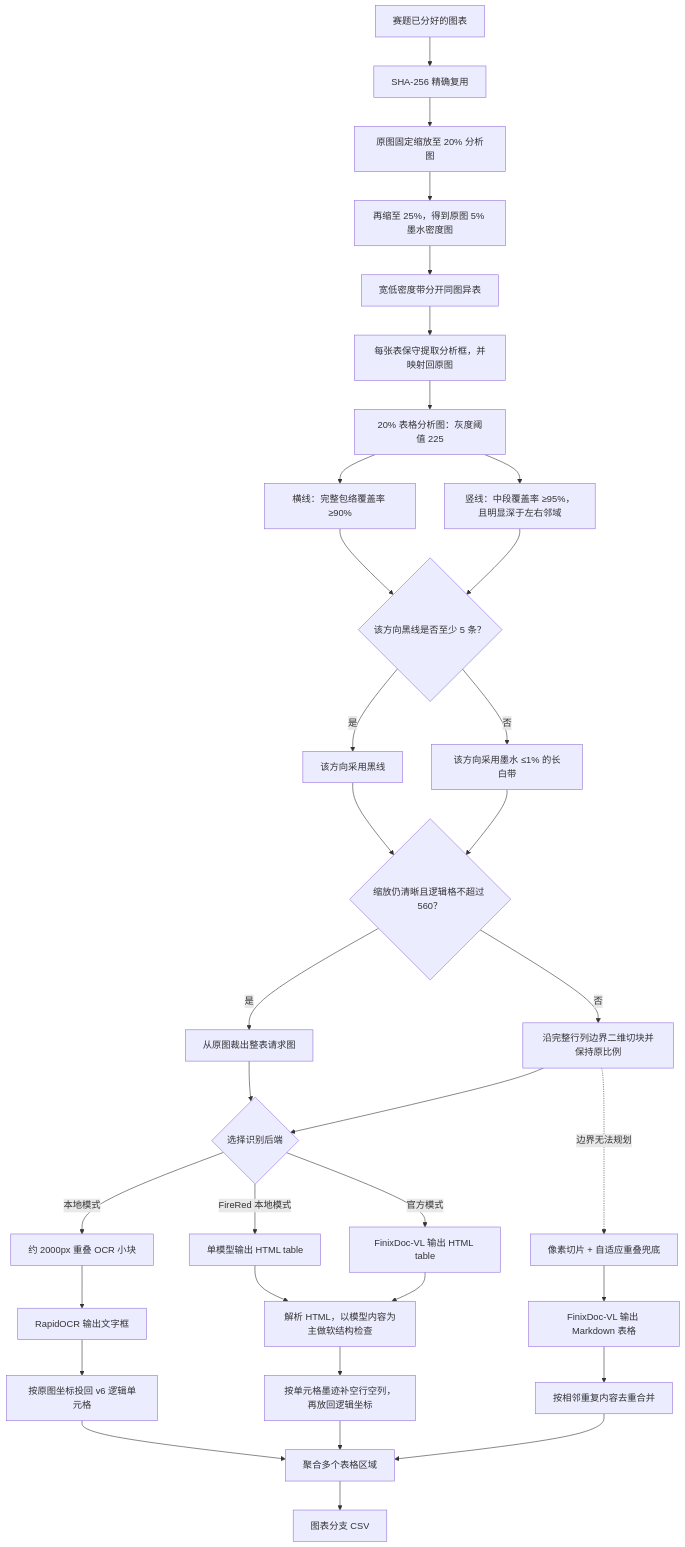
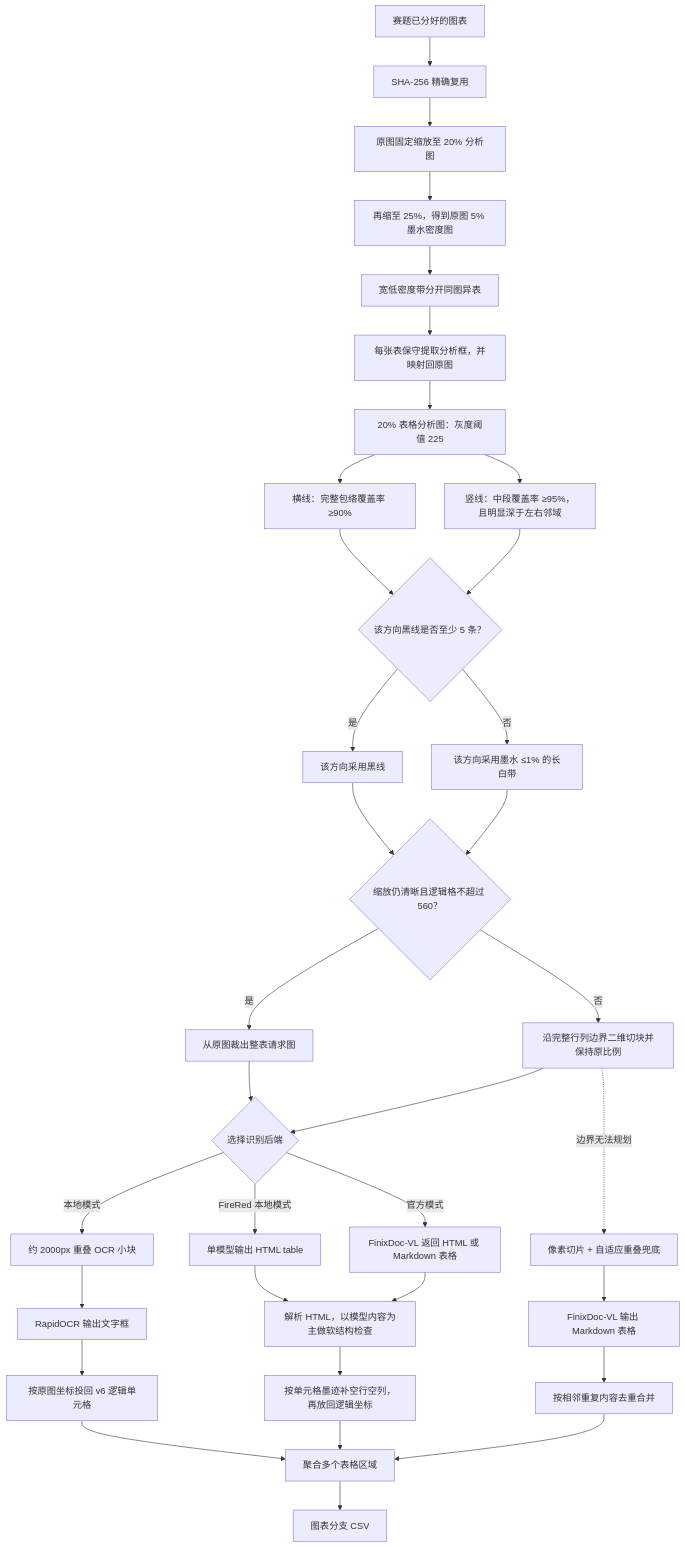
Before and after one commit to AAAXXS-0/CAFA6202: the diagram in afac_pipeline/table/README.md, drawn with Mermaid. The commit also changed other lines of this file and 35 other files, not shown here.

Commit message:
refactor:按流程编号整理图表分支

````diff
--- a/afac_pipeline/table/README.md
+++ b/afac_pipeline/table/README.md
@@ -6,36 +6,36 @@
 ```mermaid
 flowchart TD
     A["赛题已分好的图表"] --> B["SHA-256 精确复用"]
     B --> C["原图固定缩放至 20% 分析图"]
     C --> D["再缩至 25%，得到原图 5% 墨水密度图"]
     D --> E["宽低密度带分开同图异表"]
     E --> F["每张表保守提取分析框，并映射回原图"]
     F --> G["20% 表格分析图：灰度阈值 225"]
     G --> HR["横线：完整包络覆盖率 ≥90%"]
     G --> HC["竖线：中段覆盖率 ≥95%，且明显深于左右邻域"]
     HR --> V{"该方向黑线是否至少 5 条？"}
     HC --> V
     V -- "是" --> I["该方向采用黑线"]
     V -- "否" --> W["该方向采用墨水 ≤1% 的长白带"]
     I --> X{"缩放仍清晰且逻辑格不超过 560？"}
     W --> X
     X -- "是" --> Y["从原图裁出整表请求图"]
     X -- "否" --> J["沿完整行列边界二维切块并保持原比例"]
     J -. "边界无法规划" .-> N["像素切片 + 自适应重叠兜底"]
     Y --> Z{"选择识别后端"}
     J --> Z
-    Z -- "官方模式" --> O["FinixDoc-VL 输出 HTML table"]
+    Z -- "官方模式" --> O["FinixDoc-VL 返回 HTML 或 Markdown 表格"]
     Z -- "FireRed 本地模式" --> FO["单模型输出 HTML table"]
     FO --> Q
     Z -- "本地模式" --> LO["约 2000px 重叠 OCR 小块"]
     LO --> LC["RapidOCR 输出文字框"]
     LC --> LD["按原图坐标投回 v6 逻辑单元格"]
     LD --> T
     N --> P["FinixDoc-VL 输出 Markdown 表格"]
     O --> Q["解析 HTML，以模型内容为主做软结构检查"]
     Q --> R["按单元格墨迹补空行空列，再放回逻辑坐标"]
     P --> S["按相邻重复内容去重合并"]
     R --> T["聚合多个表格区域"]
     S --> T
     T --> U["图表分支 CSV"]
 ```
````
